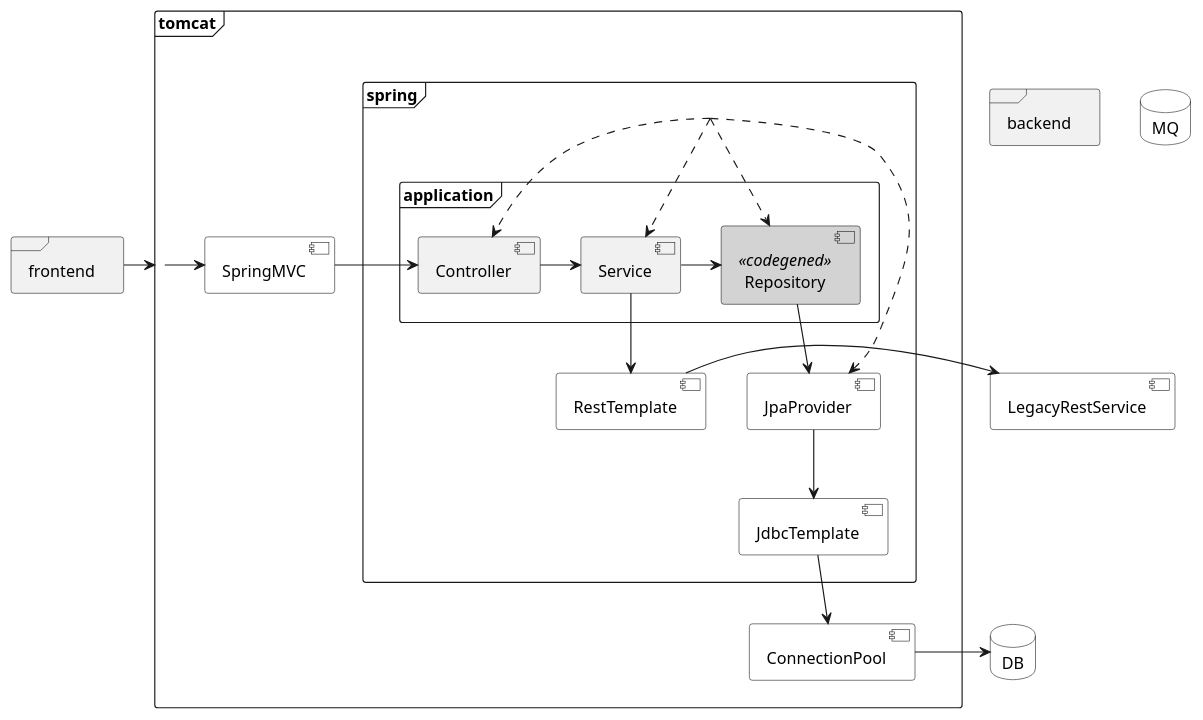
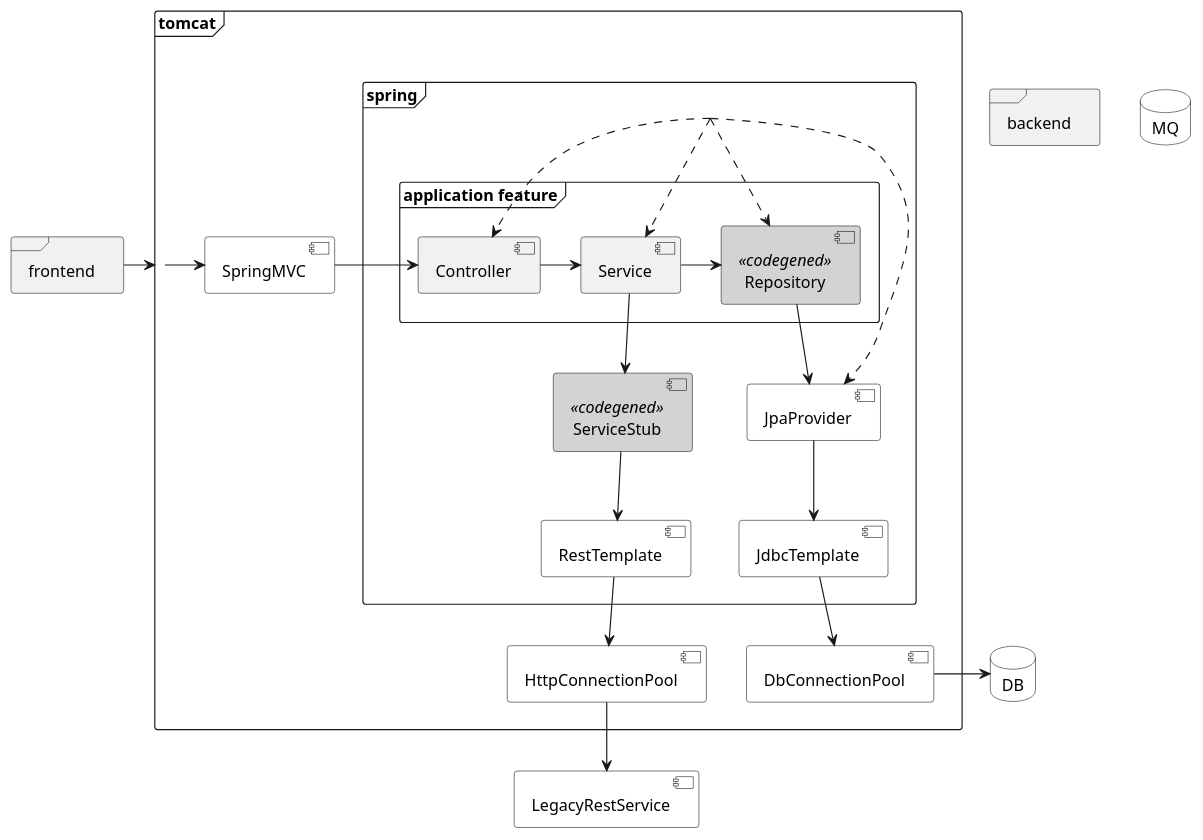
Before and after one commit to eugene-krivosheyev/agile-practices-application: the diagram in README.md, drawn with PlantUML. The commit also changed other lines of this file, not shown here.

Commit message:
Update architecture documentation.

````diff
--- a/README.md
+++ b/README.md
@@ -6,46 +6,49 @@
 ```puml
 @startuml
 
 frame frontend
 frontend -> tomcat
 
 database DB #white
 database MQ #white
 component LegacyRestService #white
 
 frame backend {
   frame tomcat {
     component [SpringMVC] #white
     frame spring {
       component [RestTemplate] #white
       component [JpaProvider] #white
       component [JdbcTemplate] #white
-      frame application {
+      component [ServiceStub] <<codegened>> #lightgray
+      frame "application feature" {
         component [Repository] <<codegened>> #lightgray
         [Controller] -> [Service]
-        [Service] -> [Repository]
+        Service -> [Repository]
         Repository --> JpaProvider
         JpaProvider --> JdbcTemplate
         
-        Service --> RestTemplate
-        RestTemplate -> LegacyRestService
+        Service --> ServiceStub
+        ServiceStub --> RestTemplate
       }
-      
-      
     }
-    component [ConnectionPool] #white
-    JdbcTemplate --> ConnectionPool
-    ConnectionPool -> DB
+    component [HttpConnectionPool] #white
+    RestTemplate --> HttpConnectionPool
+    HttpConnectionPool --> LegacyRestService
+    
+    component [DbConnectionPool] #white
+    JdbcTemplate --> DbConnectionPool
+    DbConnectionPool -> DB
     
     spring ..> Controller
     spring ..> Service
     spring ..> Repository
     spring ..> JpaProvider
   }
   
   tomcat -> SpringMVC
   SpringMVC -> Controller
 }
 
 @enduml
 ```
````
